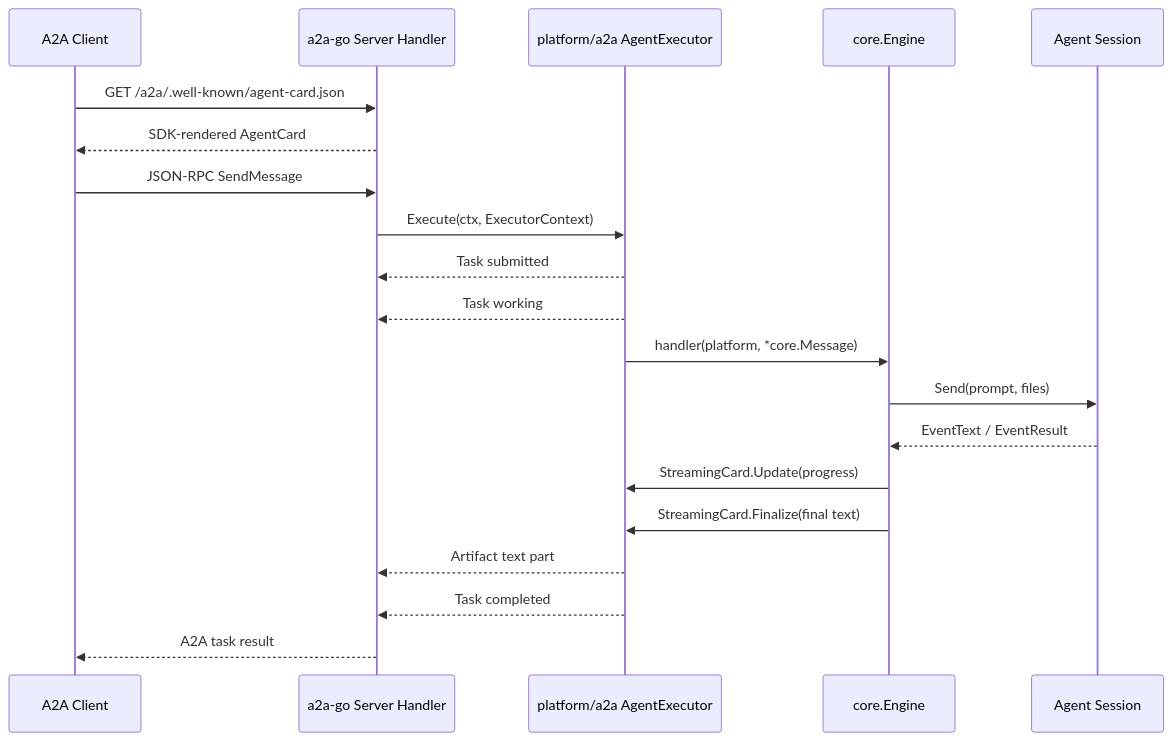
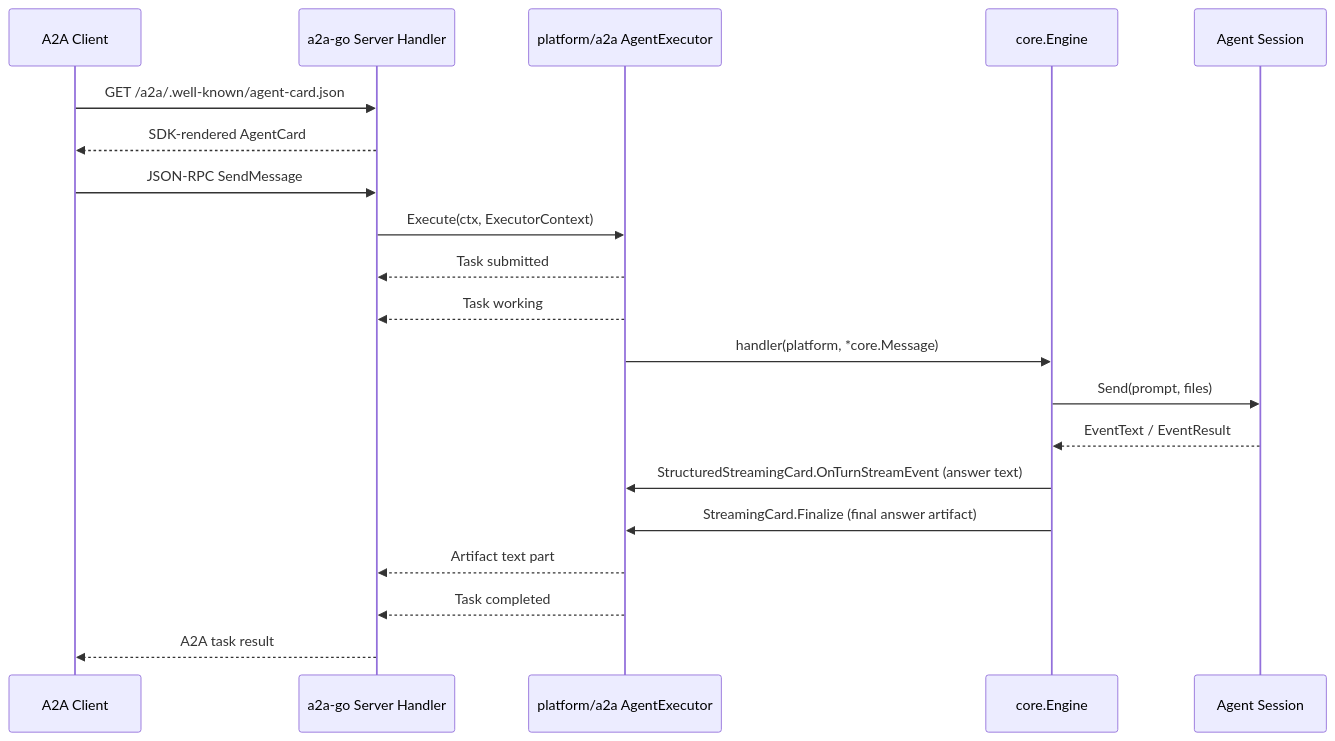
One commit to lengzhao/cc-connect changed the diagram in docs/plans/2026-06-06-a2a-platform-design.md. Above: the diagram before and after it, drawn with Mermaid. The commit also changed other lines of this file and 4 other files, not shown here.

First line of the commit message:
feat(a2a): stream answer text via StructuredStreamingCard

````diff
--- a/docs/plans/2026-06-06-a2a-platform-design.md
+++ b/docs/plans/2026-06-06-a2a-platform-design.md
@@ -30,23 +30,23 @@
 ```mermaid
 sequenceDiagram
   participant Client as A2A Client
   participant SDK as a2a-go Server Handler
   participant A2A as platform/a2a AgentExecutor
   participant Engine as core.Engine
   participant Agent as Agent Session
 
   Client->>SDK: GET /a2a/.well-known/agent-card.json
   SDK-->>Client: SDK-rendered AgentCard
   Client->>SDK: JSON-RPC SendMessage
   SDK->>A2A: Execute(ctx, ExecutorContext)
   A2A-->>SDK: Task submitted
   A2A-->>SDK: Task working
   A2A->>Engine: handler(platform, *core.Message)
   Engine->>Agent: Send(prompt, files)
   Agent-->>Engine: EventText / EventResult
-  Engine->>A2A: StreamingCard.Update(progress)
-  Engine->>A2A: StreamingCard.Finalize(final text)
+  Engine->>A2A: StructuredStreamingCard.OnTurnStreamEvent (answer text)
+  Engine->>A2A: StreamingCard.Finalize (final answer artifact)
   A2A-->>SDK: Artifact text part
   A2A-->>SDK: Task completed
   SDK-->>Client: A2A task result
 ```
````
